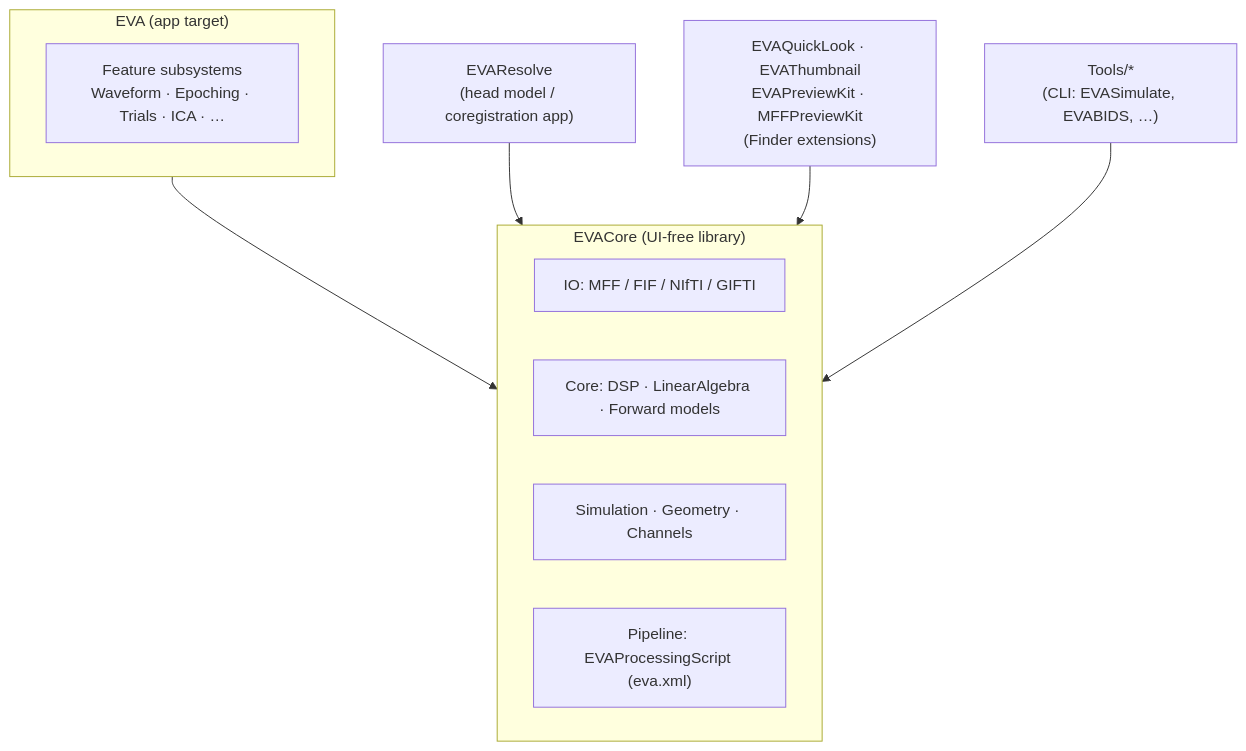
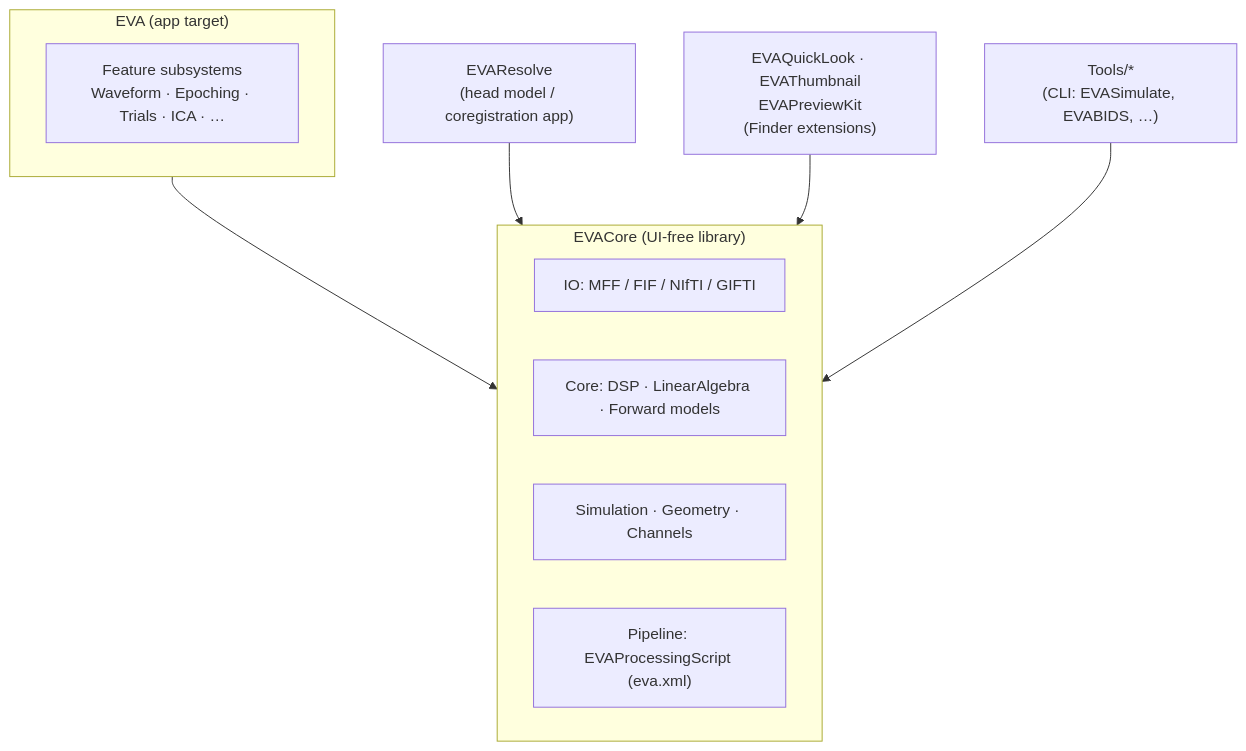
Before and after one commit to pmolfese/EVA: the diagram in docs/developers/architecture.md, drawn with Mermaid. The commit also changed other lines of this file and 6 other files, not shown here.

````diff
--- a/docs/developers/architecture.md
+++ b/docs/developers/architecture.md
@@ -35,20 +35,20 @@
 ```mermaid
 graph TD
     subgraph App["EVA (app target)"]
         UI["Feature subsystems<br/>Waveform · Epoching · Trials · ICA · …"]
     end
     subgraph Core["EVACore (UI-free library)"]
         IO["IO: MFF / FIF / NIfTI / GIFTI"]
         DSP["Core: DSP · LinearAlgebra · Forward models"]
         SIM["Simulation · Geometry · Channels"]
         PROV["Pipeline: EVAProcessingScript (eva.xml)"]
     end
     Resolve["EVAResolve<br/>(head model / coregistration app)"]
-    QL["EVAQuickLook · EVAThumbnail<br/>EVAPreviewKit · MFFPreviewKit<br/>(Finder extensions)"]
+    QL["EVAQuickLook · EVAThumbnail<br/>EVAPreviewKit<br/>(Finder extensions)"]
     Tools["Tools/*<br/>(CLI: EVASimulate, EVABIDS, …)"]
 
     App --> Core
     Resolve --> Core
     QL --> Core
     Tools --> Core
 ```
````
